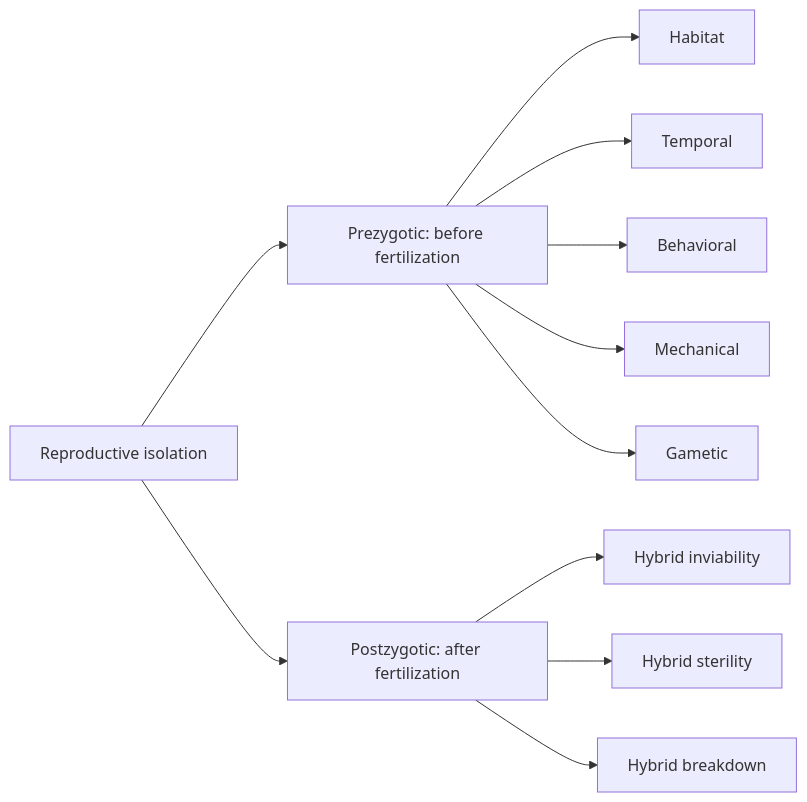
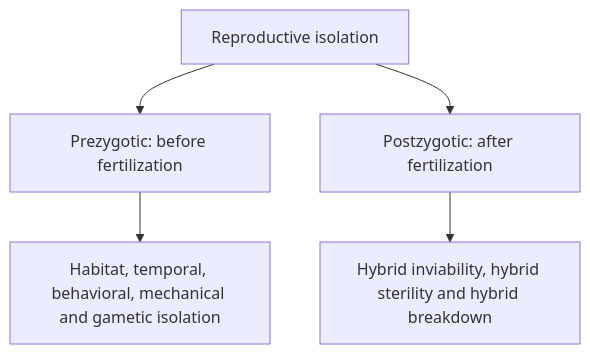
The diagram in content/math/biology/lessons/29-speciation.md (Aziliz/erudior), drawn with Mermaid before and after one commit. The commit also changed 34 other files, not shown here.

````diff
--- a/content/math/biology/lessons/29-speciation.md
+++ b/content/math/biology/lessons/29-speciation.md
@@ -22,15 +22,9 @@
 ```mermaid
-flowchart LR
+flowchart TD
   accTitle: Kinds of reproductive isolation
   accDescr: Reproductive isolation splits into prezygotic barriers, which act before fertilization, and postzygotic barriers, which act after it. Prezygotic barriers are habitat, temporal, behavioral, mechanical and gametic isolation. Postzygotic barriers are hybrid inviability, hybrid sterility and hybrid breakdown.
   A["Reproductive isolation"] --> B["Prezygotic: before fertilization"]
   A --> C["Postzygotic: after fertilization"]
-  B --> B1[Habitat]
-  B --> B2[Temporal]
-  B --> B3[Behavioral]
-  B --> B4[Mechanical]
-  B --> B5[Gametic]
-  C --> C1[Hybrid inviability]
-  C --> C2[Hybrid sterility]
-  C --> C3[Hybrid breakdown]
+  B --> B1["Habitat, temporal, behavioral, mechanical and gametic isolation"]
+  C --> C1["Hybrid inviability, hybrid sterility and hybrid breakdown"]
 ```
````
